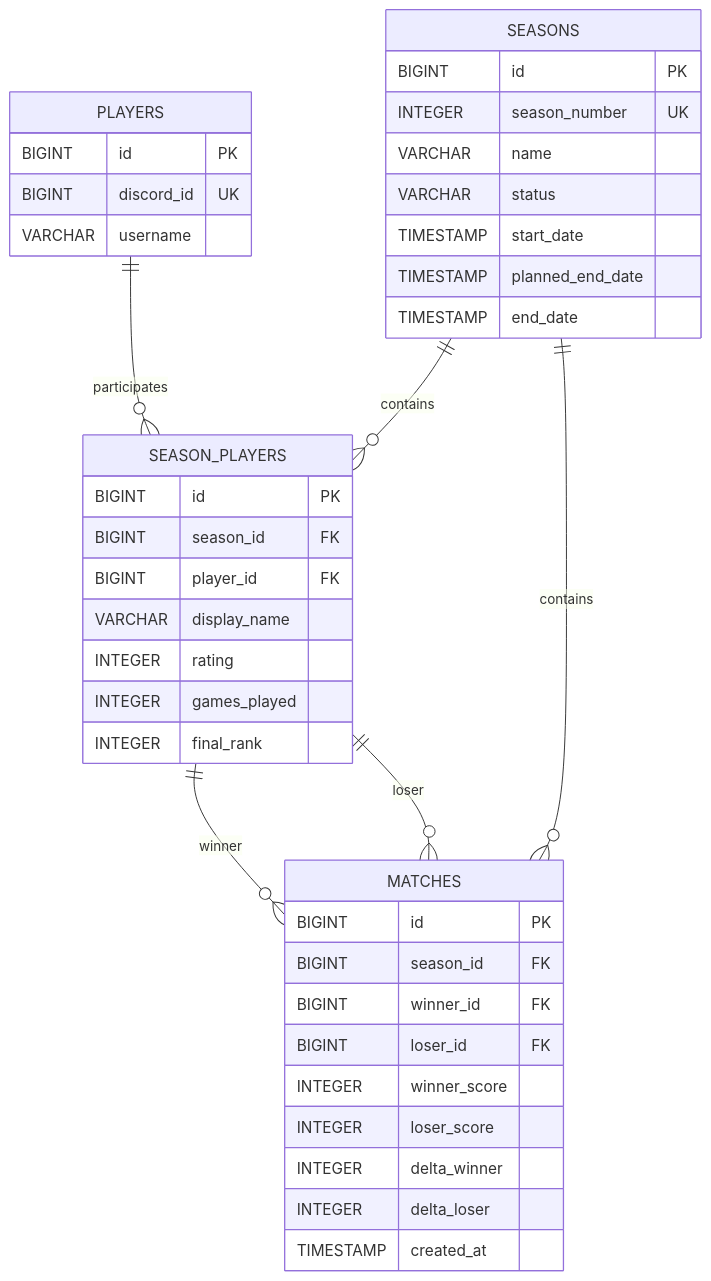
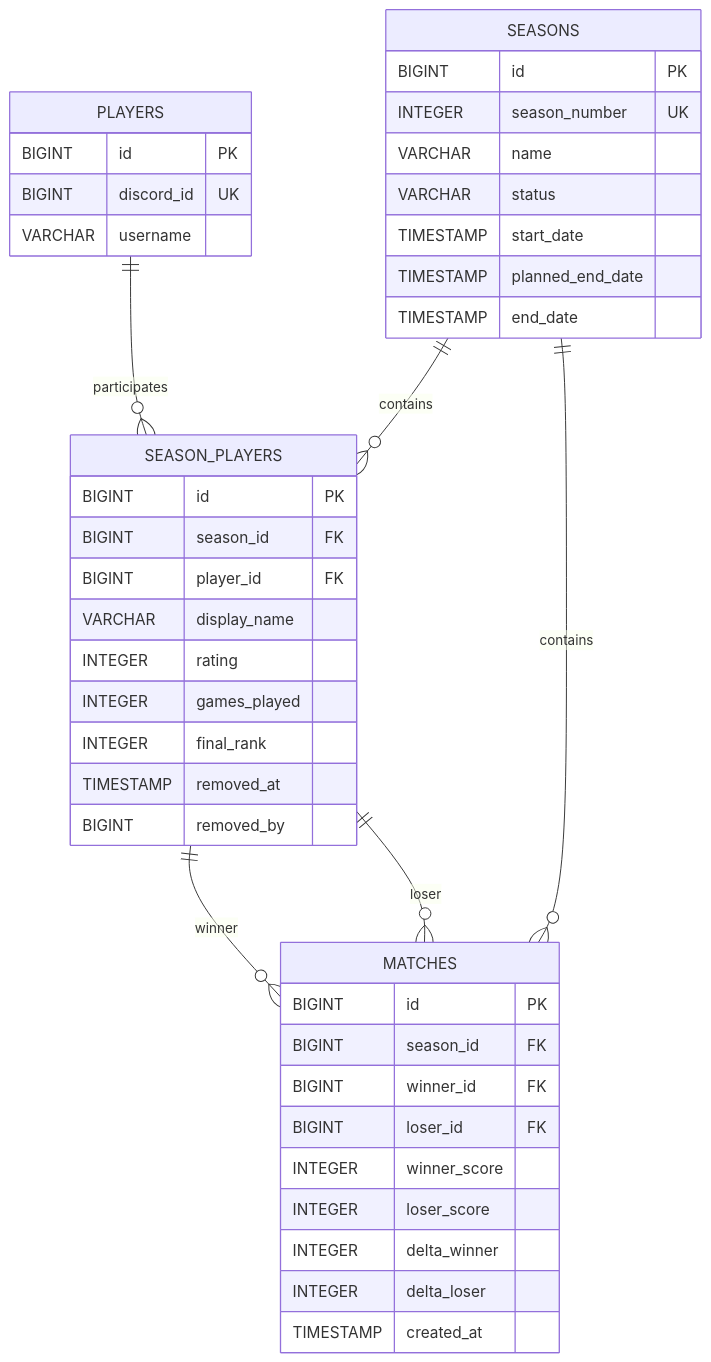
One commit to PurrrpleOrange/mkx-ds-ranked-system-bot changed the diagram in docs/database.md. Above: the diagram before and after it, drawn with Mermaid. The commit also changed other lines of this file and 29 other files, not shown here.

````diff
--- a/docs/database.md
+++ b/docs/database.md
@@ -7,43 +7,45 @@
 ```mermaid
 erDiagram
     PLAYERS ||--o{ SEASON_PLAYERS : participates
     SEASONS ||--o{ SEASON_PLAYERS : contains
     SEASONS ||--o{ MATCHES : contains
     SEASON_PLAYERS ||--o{ MATCHES : winner
     SEASON_PLAYERS ||--o{ MATCHES : loser
 
     PLAYERS {
         BIGINT id PK
         BIGINT discord_id UK
         VARCHAR username
     }
     SEASONS {
         BIGINT id PK
         INTEGER season_number UK
         VARCHAR name
         VARCHAR status
         TIMESTAMP start_date
         TIMESTAMP planned_end_date
         TIMESTAMP end_date
     }
     SEASON_PLAYERS {
         BIGINT id PK
         BIGINT season_id FK
         BIGINT player_id FK
         VARCHAR display_name
         INTEGER rating
         INTEGER games_played
         INTEGER final_rank
+        TIMESTAMP removed_at
+        BIGINT removed_by
     }
     MATCHES {
         BIGINT id PK
         BIGINT season_id FK
         BIGINT winner_id FK
         BIGINT loser_id FK
         INTEGER winner_score
         INTEGER loser_score
         INTEGER delta_winner
         INTEGER delta_loser
         TIMESTAMP created_at
     }
 ```
````
